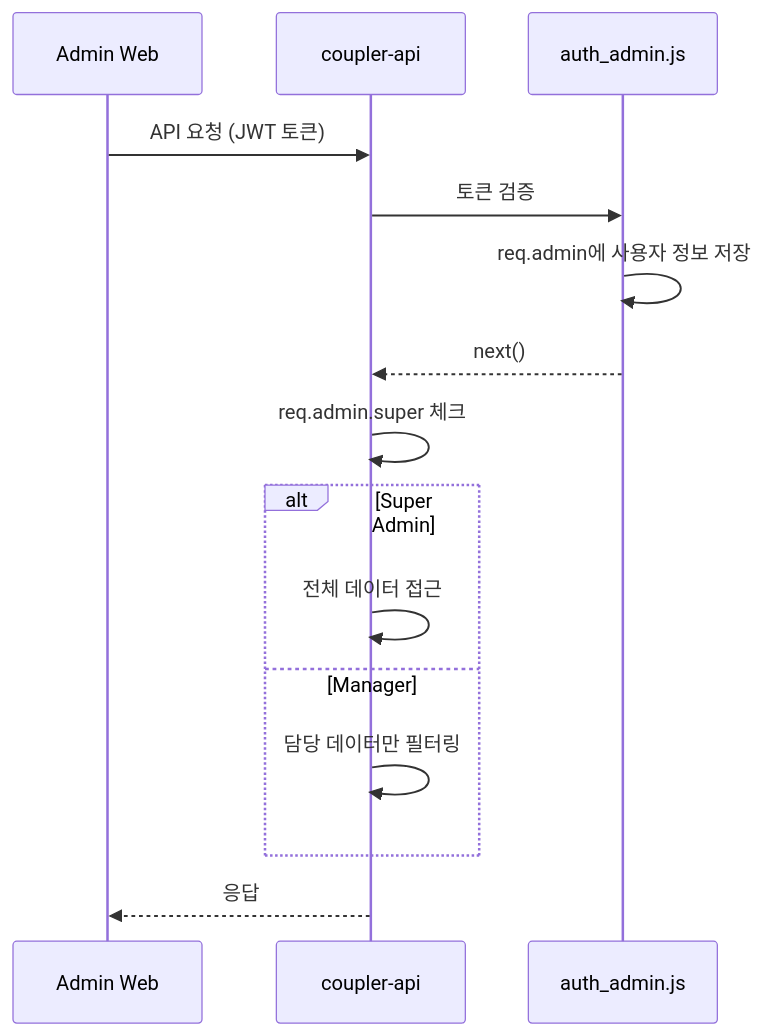
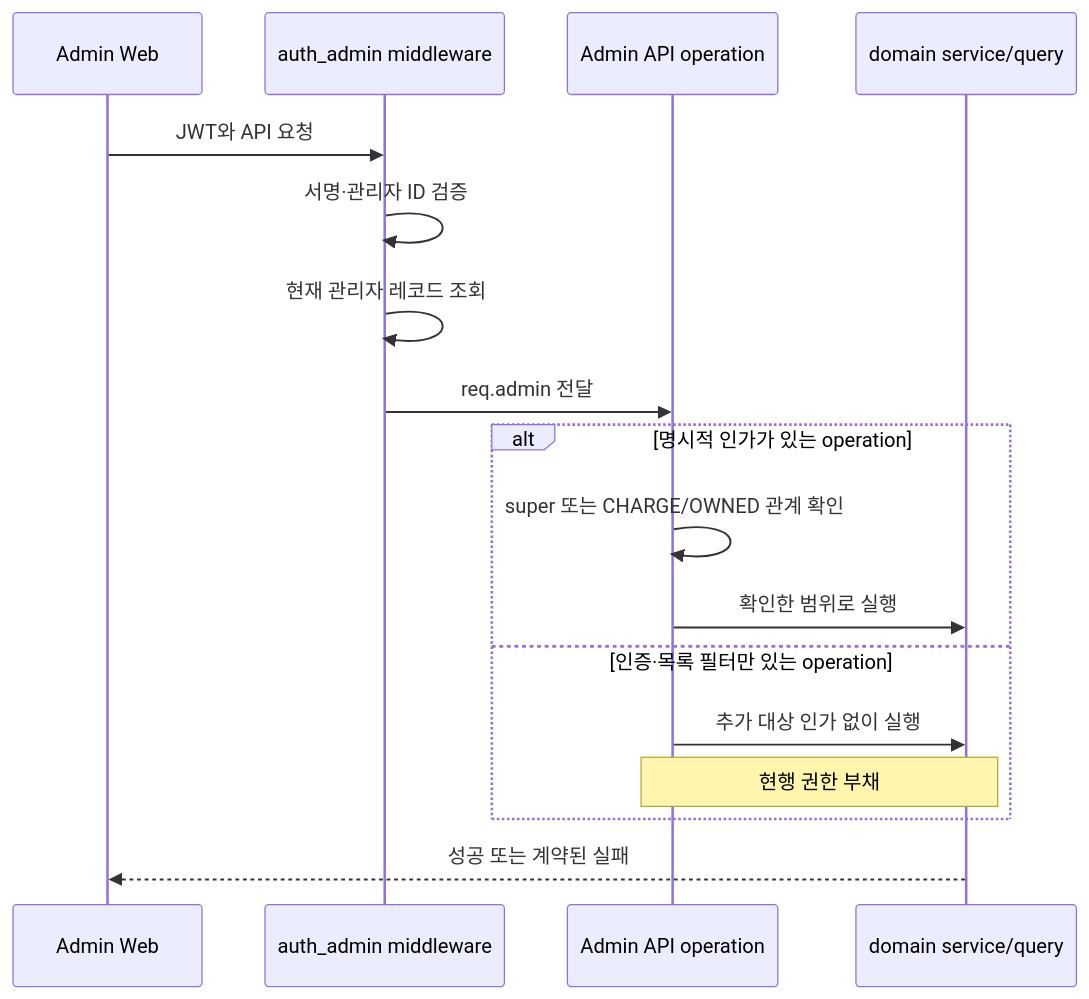
One commit to coupler-developer/docs changed the diagram in content/architecture/admin-permission.md. Above: the diagram before and after it, drawn with Mermaid. The commit also changed other lines of this file and 3 other files, not shown here.

````diff
--- a/content/architecture/admin-permission.md
+++ b/content/architecture/admin-permission.md
@@ -95,18 +73,20 @@
 ```mermaid
 sequenceDiagram
-    participant Client as Admin Web
-    participant API as coupler-api
-    participant MW as auth_admin.js
+    participant Admin as Admin Web
+    participant Auth as auth_admin middleware
+    participant Operation as Admin API operation
+    participant Data as domain service/query
 
-    Client->>API: API 요청 (JWT 토큰)
-    API->>MW: 토큰 검증
-    MW->>MW: req.admin에 사용자 정보 저장
-    MW-->>API: next()
-    API->>API: req.admin.super 체크
-    alt Super Admin
-        API->>API: 전체 데이터 접근
-    else Manager
-        API->>API: 담당 데이터만 필터링
+    Admin->>Auth: JWT와 API 요청
+    Auth->>Auth: 서명·관리자 ID 검증
+    Auth->>Auth: 현재 관리자 레코드 조회
+    Auth->>Operation: req.admin 전달
+    alt 명시적 인가가 있는 operation
+        Operation->>Operation: super 또는 CHARGE/OWNED 관계 확인
+        Operation->>Data: 확인한 범위로 실행
+    else 인증·목록 필터만 있는 operation
+        Operation->>Data: 추가 대상 인가 없이 실행
+        Note over Operation,Data: 현행 권한 부채
     end
-    API-->>Client: 응답
+    Data-->>Admin: 성공 또는 계약된 실패
 ```
````
